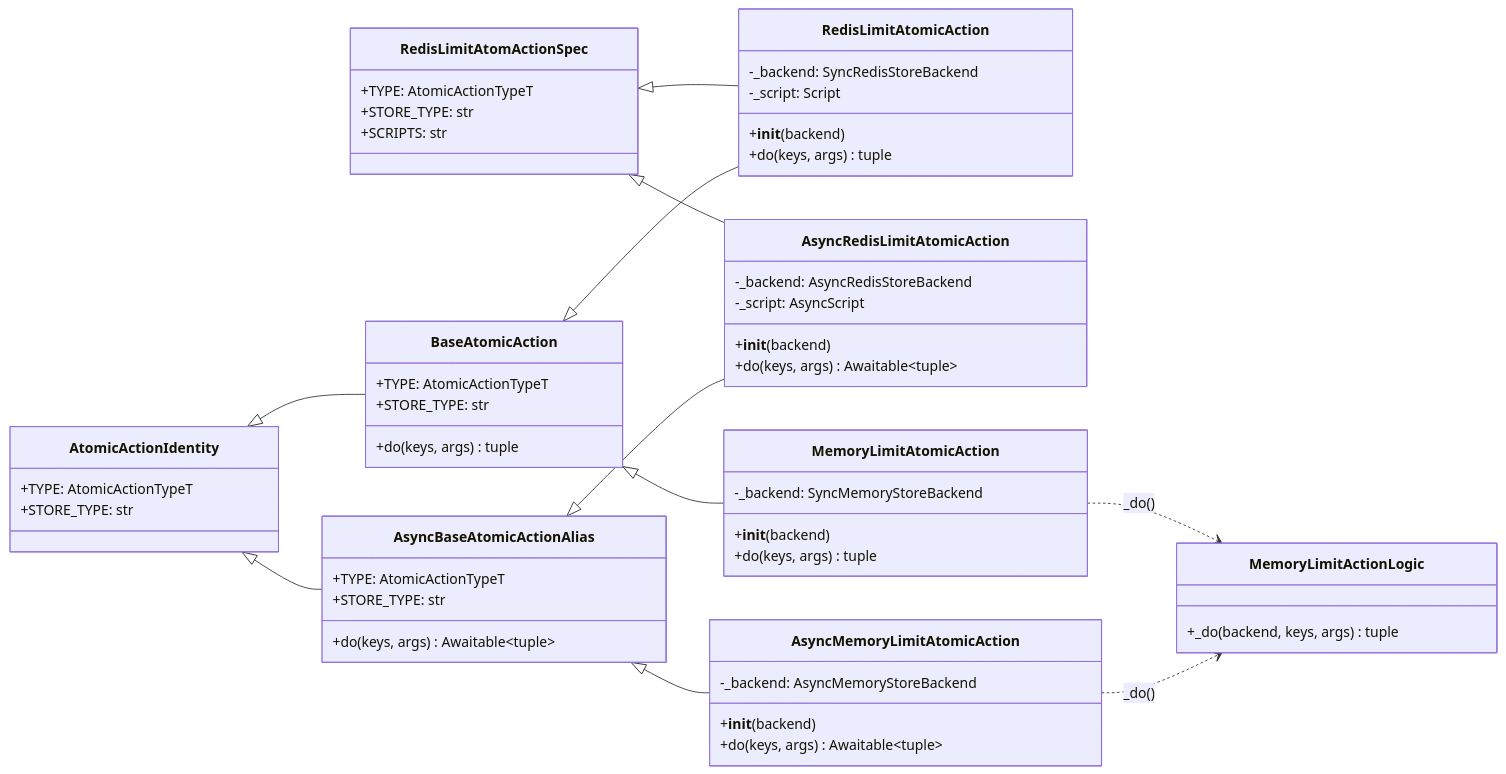
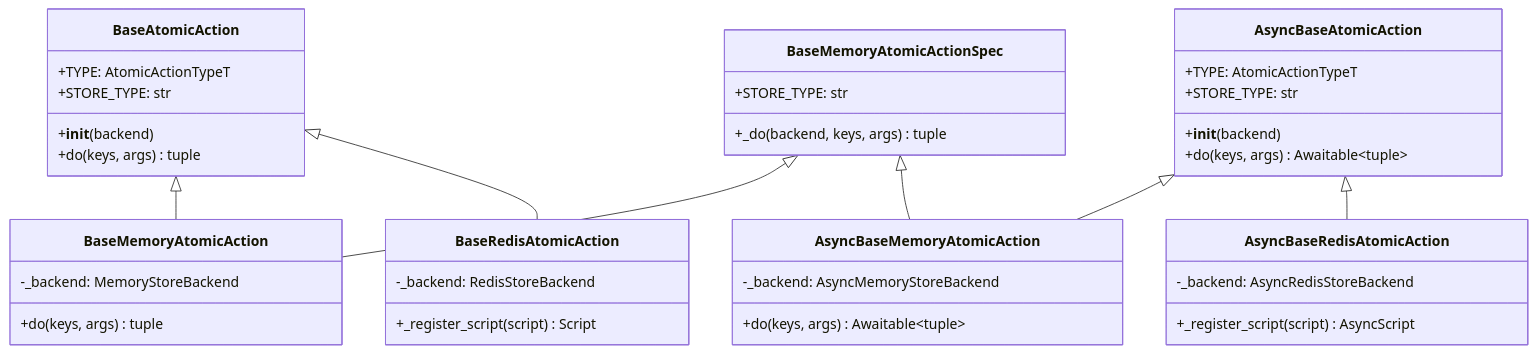
The fourth of 8 diagrams in knowledge/throttled-py/issues/2026-05-06-store-typing-abstraction-refactor/PLAN.md (ZhuoZhuoCrayon/ai-workspace), drawn with Mermaid before and after one commit. The commit also changed other lines of this file and 8 other files, not shown here.

````diff
--- a/knowledge/throttled-py/issues/2026-05-06-store-typing-abstraction-refactor/PLAN.md
+++ b/knowledge/throttled-py/issues/2026-05-06-store-typing-abstraction-refactor/PLAN.md
@@ -368,60 +540,44 @@
 ```mermaid
 classDiagram
-    direction LR
+    direction TB
 
-    class AtomicActionIdentity {
-        +TYPE: AtomicActionTypeT
-        +STORE_TYPE: str
-    }
     class BaseAtomicAction {
         +TYPE: AtomicActionTypeT
         +STORE_TYPE: str
-        +do(keys, args) tuple
-    }
-    class AsyncBaseAtomicActionAlias {
-        +TYPE: AtomicActionTypeT
-        +STORE_TYPE: str
-        +do(keys, args) Awaitable~tuple~
-    }
-    class RedisLimitAtomActionSpec {
-        +TYPE: AtomicActionTypeT
-        +STORE_TYPE: str
-        +SCRIPTS: str
-    }
-    class MemoryLimitActionLogic {
-        +_do(backend, keys, args) tuple
-    }
-    class RedisLimitAtomicAction {
-        -_backend: SyncRedisStoreBackend
-        -_script: Script
         +__init__(backend)
         +do(keys, args) tuple
     }
-    class AsyncRedisLimitAtomicAction {
-        -_backend: AsyncRedisStoreBackend
-        -_script: AsyncScript
+    class AsyncBaseAtomicAction {
+        +TYPE: AtomicActionTypeT
+        +STORE_TYPE: str
         +__init__(backend)
         +do(keys, args) Awaitable~tuple~
     }
-    class MemoryLimitAtomicAction {
-        -_backend: SyncMemoryStoreBackend
-        +__init__(backend)
+    class BaseMemoryAtomicActionSpec {
+        +STORE_TYPE: str
+        +_do(backend, keys, args) tuple
+    }
+    class BaseMemoryAtomicAction {
+        -_backend: MemoryStoreBackend
         +do(keys, args) tuple
     }
-    class AsyncMemoryLimitAtomicAction {
+    class AsyncBaseMemoryAtomicAction {
         -_backend: AsyncMemoryStoreBackend
-        +__init__(backend)
         +do(keys, args) Awaitable~tuple~
     }
+    class BaseRedisAtomicAction {
+        -_backend: RedisStoreBackend
+        +_register_script(script) Script
+    }
+    class AsyncBaseRedisAtomicAction {
+        -_backend: AsyncRedisStoreBackend
+        +_register_script(script) AsyncScript
+    }
 
-    AtomicActionIdentity <|-- BaseAtomicAction
-    AtomicActionIdentity <|-- AsyncBaseAtomicActionAlias
-    RedisLimitAtomActionSpec <|-- RedisLimitAtomicAction
-    RedisLimitAtomActionSpec <|-- AsyncRedisLimitAtomicAction
-    BaseAtomicAction <|-- RedisLimitAtomicAction
-    AsyncBaseAtomicActionAlias <|-- AsyncRedisLimitAtomicAction
-    BaseAtomicAction <|-- MemoryLimitAtomicAction
-    AsyncBaseAtomicActionAlias <|-- AsyncMemoryLimitAtomicAction
-    MemoryLimitAtomicAction ..> MemoryLimitActionLogic : _do()
-    AsyncMemoryLimitAtomicAction ..> MemoryLimitActionLogic : _do()
+    BaseAtomicAction <|-- BaseMemoryAtomicAction
+    AsyncBaseAtomicAction <|-- AsyncBaseMemoryAtomicAction
+    BaseAtomicAction <|-- BaseRedisAtomicAction
+    AsyncBaseAtomicAction <|-- AsyncBaseRedisAtomicAction
+    BaseMemoryAtomicActionSpec <|-- BaseMemoryAtomicAction
+    BaseMemoryAtomicActionSpec <|-- AsyncBaseMemoryAtomicAction
 ```
````
